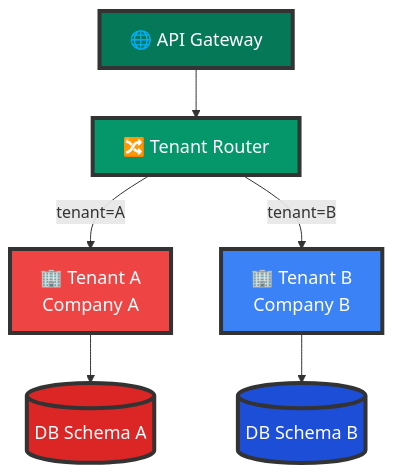
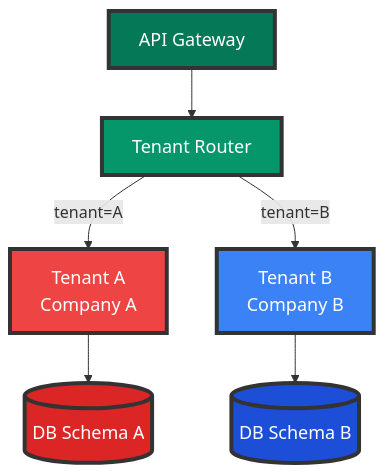
Diagram 19 of 24 in documentation/00-ARCHITECTURE.md (inskillflow/awsbedrock-demo-1-inmemory), drawn with Mermaid before and after one commit. The commit also changed other lines of this file, not shown here.

First line of the commit message:
refactor: simplification des diagrammes - retrait des emojis

````diff
--- a/documentation/00-ARCHITECTURE.md
+++ b/documentation/00-ARCHITECTURE.md
@@ -869,25 +869,25 @@
 ```mermaid
 flowchart TD
-    Gateway[🌐 API Gateway]
-    Router[🔀 Tenant Router]
+    Gateway[API Gateway]
+    Router[Tenant Router]
     
-    TenantA[🏢 Tenant A<br/>Company A]
-    TenantB[🏢 Tenant B<br/>Company B]
+    TenantA[Tenant A<br/>Company A]
+    TenantB[Tenant B<br/>Company B]
     
     DBA[(DB Schema A)]
     DBB[(DB Schema B)]
     
     Gateway --> Router
     Router -->|tenant=A| TenantA
     Router -->|tenant=B| TenantB
     
     TenantA --> DBA
     TenantB --> DBB
     
     style Gateway fill:#047857,stroke:#333,stroke-width:4px,color:#fff,font-size:18px
     style Router fill:#059669,stroke:#333,stroke-width:4px,color:#fff,font-size:18px
     style TenantA fill:#EF4444,stroke:#333,stroke-width:4px,color:#fff,font-size:18px
     style TenantB fill:#3B82F6,stroke:#333,stroke-width:4px,color:#fff,font-size:18px
     style DBA fill:#DC2626,stroke:#333,stroke-width:4px,color:#fff,font-size:18px
     style DBB fill:#1D4ED8,stroke:#333,stroke-width:4px,color:#fff,font-size:18px
 ```
````
